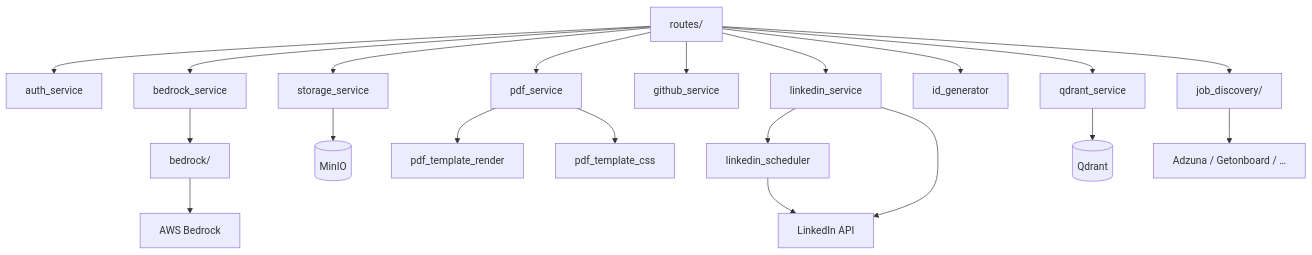
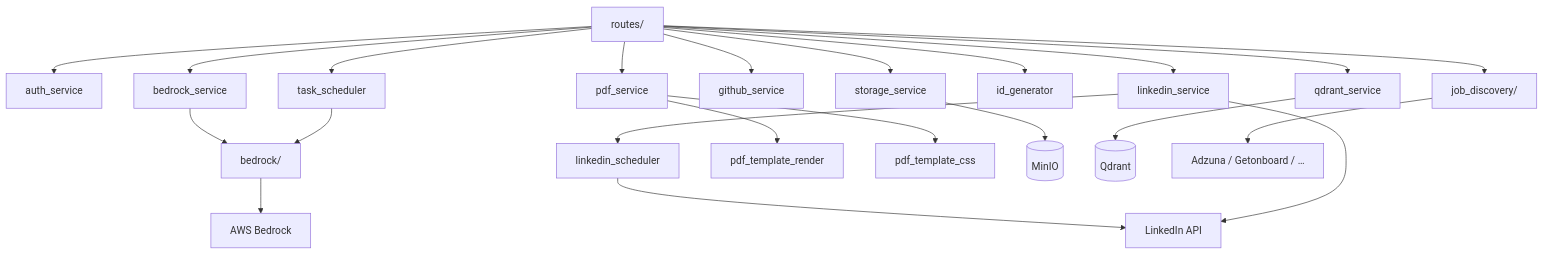
The diagram in cjhirashi-career-api/src/services/README.md (cjhirashi/cjhirashi-career), drawn with Mermaid before and after one commit. The commit also changed other lines of this file and 208 other files, not shown here.

````diff
--- a/cjhirashi-career-api/src/services/README.md
+++ b/cjhirashi-career-api/src/services/README.md
@@ -7,22 +7,24 @@
 ```mermaid
 flowchart TB
     Routes[routes/] --> AuthS[auth_service]
     Routes --> BedrockS[bedrock_service]
     Routes --> Storage[storage_service]
     Routes --> PDF[pdf_service]
     Routes --> GH[github_service]
     Routes --> LI[linkedin_service]
     Routes --> IDs[id_generator]
     Routes --> Qdrant[qdrant_service]
     BedrockS --> Harness[bedrock/]
     Routes --> JD[job_discovery/]
+    Routes --> TaskSched[task_scheduler]
     LI --> Sched[linkedin_scheduler]
+    TaskSched --> Harness
     PDF --> Render[pdf_template_render]
     PDF --> CSS[pdf_template_css]
     Harness --> AWS[AWS Bedrock]
     Storage --> MinIO[(MinIO)]
     Qdrant --> Q[(Qdrant)]
     JD --> Boards[Adzuna / Getonboard / …]
     Sched --> LIAPI[LinkedIn API]
     LI --> LIAPI
 ```
````
